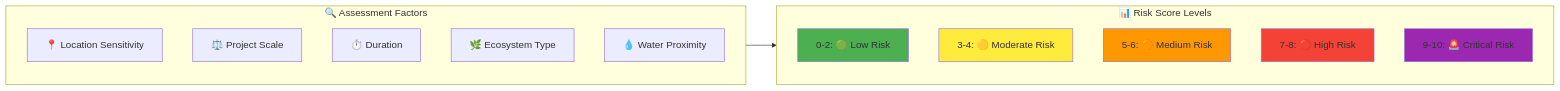
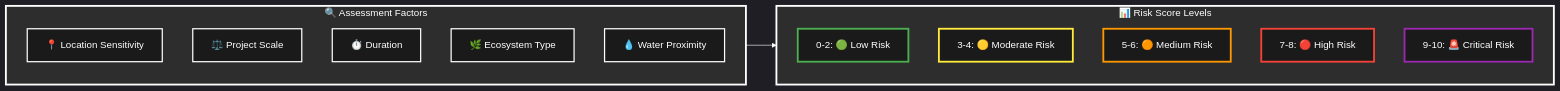
One commit to Ping-2o/daryn changed the fourth of 12 diagrams in README.md. Above: the diagram before and after it, drawn with Mermaid. The commit also changed other lines of this file, not shown here.

````diff
--- a/README.md
+++ b/README.md
@@ -209,26 +240,34 @@
 ```mermaid
+%%{init: {'theme':'dark', 'themeVariables': {'primaryColor':'#1a1a1a','primaryTextColor':'#ffffff','primaryBorderColor':'#ffffff','lineColor':'#ffffff','secondaryColor':'#2d2d2d','tertiaryColor':'#404040','background':'#1a1a1a','mainBkg':'#1a1a1a','secondBkg':'#2d2d2d','tertiaryBkg':'#404040'}}}%%
 graph LR
     subgraph Scoring["📊 Risk Score Levels"]
-        A[0-2: 🟢 Low Risk]
-        B[3-4: 🟡 Moderate Risk]
-        C[5-6: 🟠 Medium Risk]
-        D[7-8: 🔴 High Risk]
-        E[9-10: 🚨 Critical Risk]
+        A["0-2: 🟢 Low Risk"]
+        B["3-4: 🟡 Moderate Risk"]
+        C["5-6: 🟠 Medium Risk"]
+        D["7-8: 🔴 High Risk"]
+        E["9-10: 🚨 Critical Risk"]
     end
     
     subgraph Factors["🔍 Assessment Factors"]
-        F1[📍 Location Sensitivity]
-        F2[⚖️ Project Scale]
-        F3[⏱️ Duration]
-        F4[🌿 Ecosystem Type]
-        F5[💧 Water Proximity]
+        F1["📍 Location Sensitivity"]
+        F2["⚖️ Project Scale"]
+        F3["⏱️ Duration"]
+        F4["🌿 Ecosystem Type"]
+        F5["💧 Water Proximity"]
     end
     
     Factors --> Scoring
     
-    style A fill:#4caf50
-    style B fill:#ffeb3b
-    style C fill:#ff9800
-    style D fill:#f44336
-    style E fill:#9c27b0
+    style A fill:#1a1a1a,stroke:#4caf50,stroke-width:3px,color:#ffffff
+    style B fill:#1a1a1a,stroke:#ffeb3b,stroke-width:3px,color:#ffffff
+    style C fill:#1a1a1a,stroke:#ff9800,stroke-width:3px,color:#ffffff
+    style D fill:#1a1a1a,stroke:#f44336,stroke-width:3px,color:#ffffff
+    style E fill:#1a1a1a,stroke:#9c27b0,stroke-width:3px,color:#ffffff
+    style F1 fill:#1a1a1a,stroke:#ffffff,stroke-width:2px,color:#ffffff
+    style F2 fill:#1a1a1a,stroke:#ffffff,stroke-width:2px,color:#ffffff
+    style F3 fill:#1a1a1a,stroke:#ffffff,stroke-width:2px,color:#ffffff
+    style F4 fill:#1a1a1a,stroke:#ffffff,stroke-width:2px,color:#ffffff
+    style F5 fill:#1a1a1a,stroke:#ffffff,stroke-width:2px,color:#ffffff
+    style Scoring fill:#2d2d2d,stroke:#ffffff,stroke-width:3px,color:#ffffff
+    style Factors fill:#2d2d2d,stroke:#ffffff,stroke-width:3px,color:#ffffff
 ```
````
